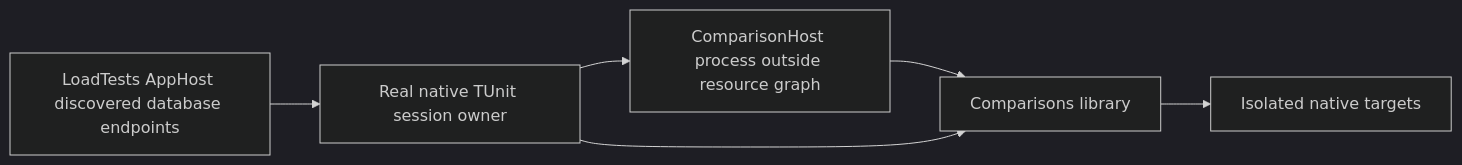
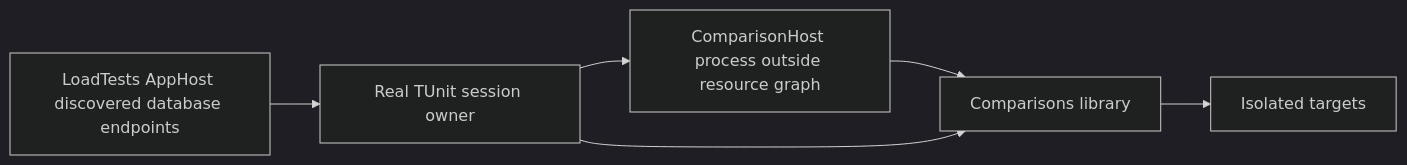
Before and after one commit to managedcode/KeyLoad: the diagram in docs/ADR/ADR-043-comparison-library-host.md, drawn with Mermaid (dark theme). The commit also changed other lines of this file and 9016 other files, not shown here.

````diff
--- a/docs/ADR/ADR-043-comparison-library-host.md
+++ b/docs/ADR/ADR-043-comparison-library-host.md
@@ -10,8 +10,8 @@
 ```mermaid
 flowchart LR
-    Aspire[LoadTests AppHost discovered database endpoints] --> Tests[Real native TUnit session owner]
+    Aspire[LoadTests AppHost discovered database endpoints] --> Tests[Real TUnit session owner]
     Tests --> Host[ComparisonHost process outside resource graph]
     Host --> Library[Comparisons library]
     Tests --> Library
-    Library --> Targets[Isolated native targets]
+    Library --> Targets[Isolated targets]
 ```
````
